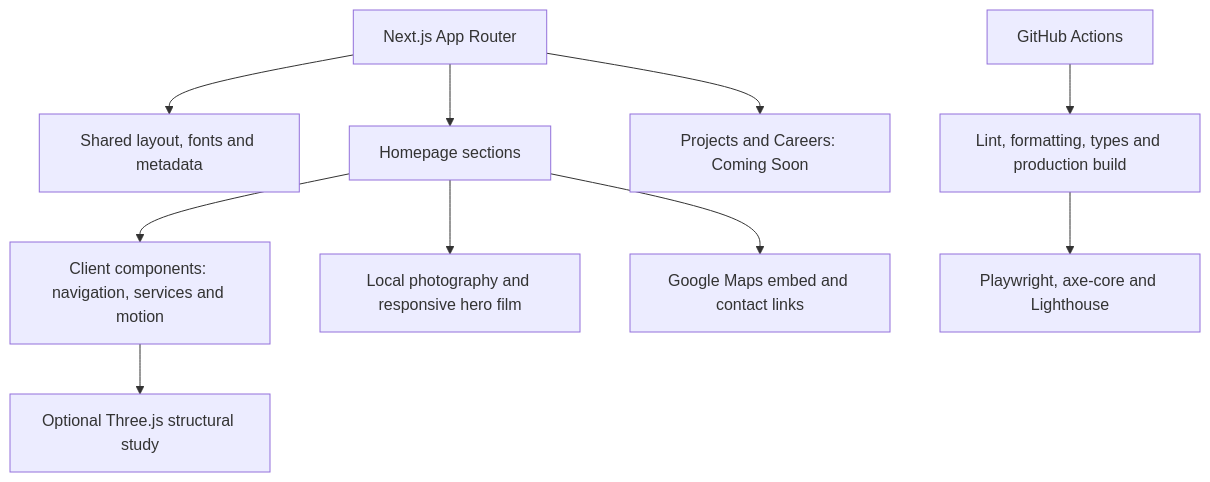
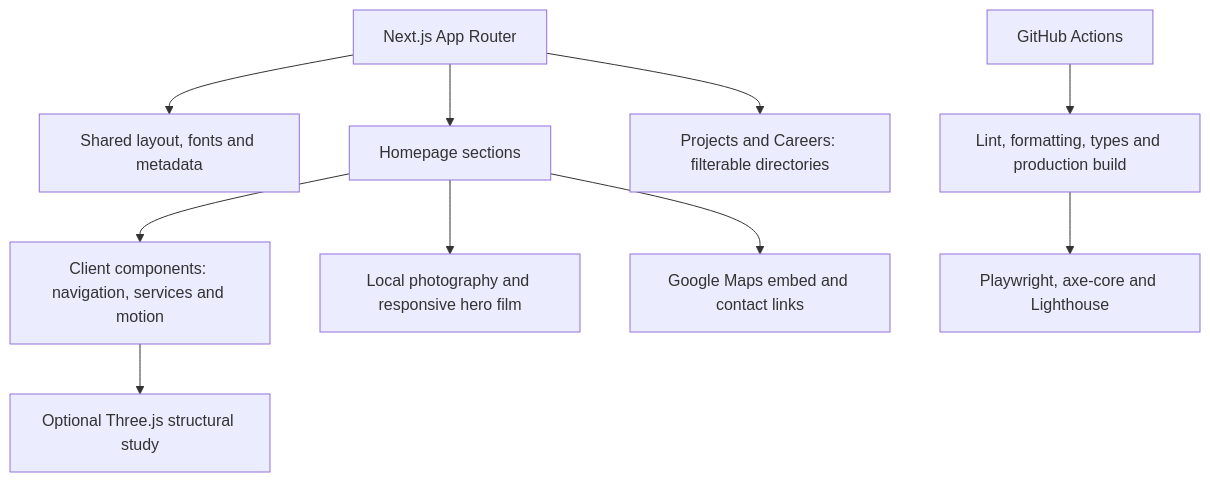
Before and after one commit to rizad-mohamed/dksbuilders: the diagram in README.md, drawn with Mermaid. The commit also changed other lines of this file and 16 other files, not shown here.

````diff
--- a/README.md
+++ b/README.md
@@ -142,12 +142,12 @@
 ```mermaid
 flowchart TD
   A[Next.js App Router] --> B[Shared layout, fonts and metadata]
   A --> C[Homepage sections]
-  A --> D[Projects and Careers: Coming Soon]
+  A --> D[Projects and Careers: filterable directories]
   C --> E[Client components: navigation, services and motion]
   C --> F[Local photography and responsive hero film]
   E --> G[Optional Three.js structural study]
   C --> H[Google Maps embed and contact links]
   I[GitHub Actions] --> J[Lint, formatting, types and production build]
   J --> K[Playwright, axe-core and Lighthouse]
 ```
````
